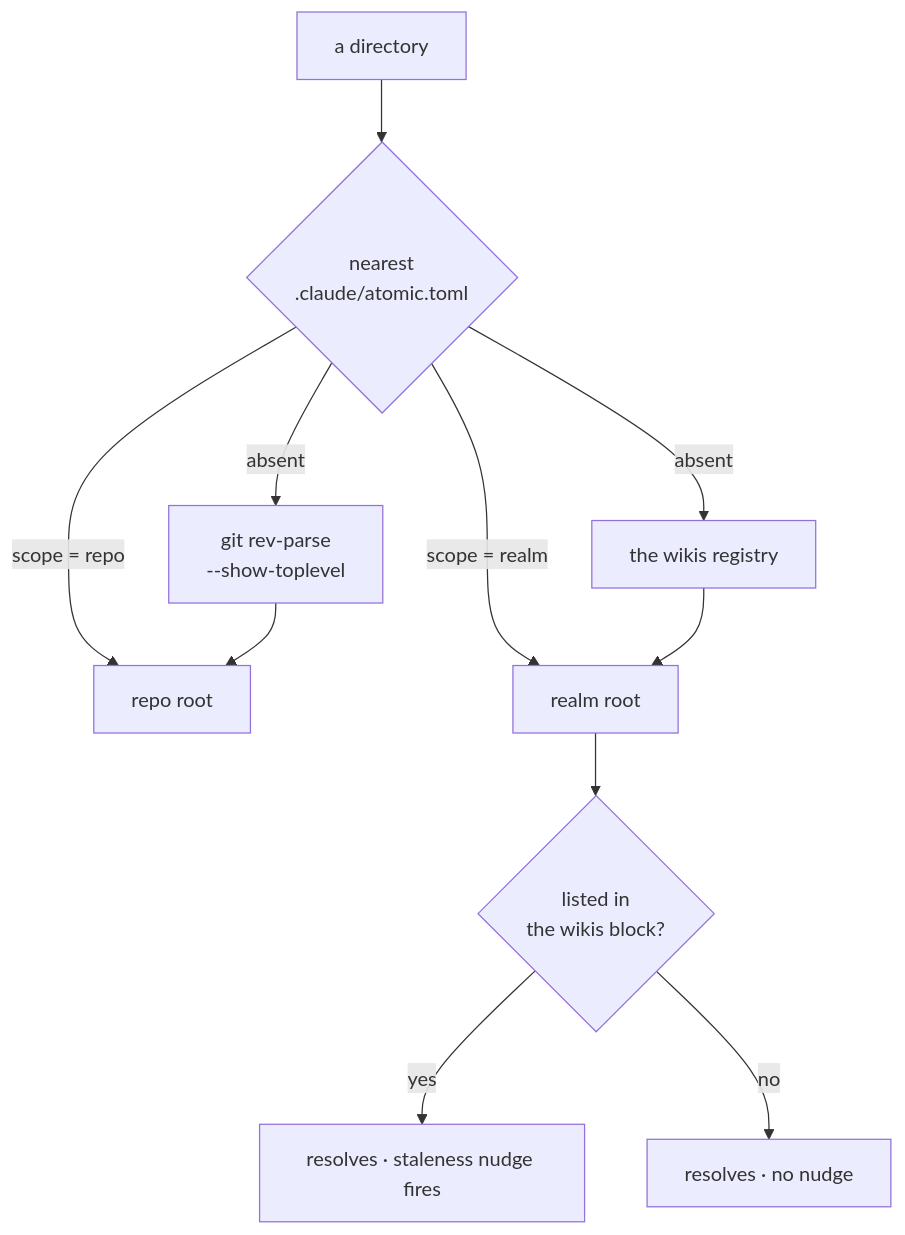
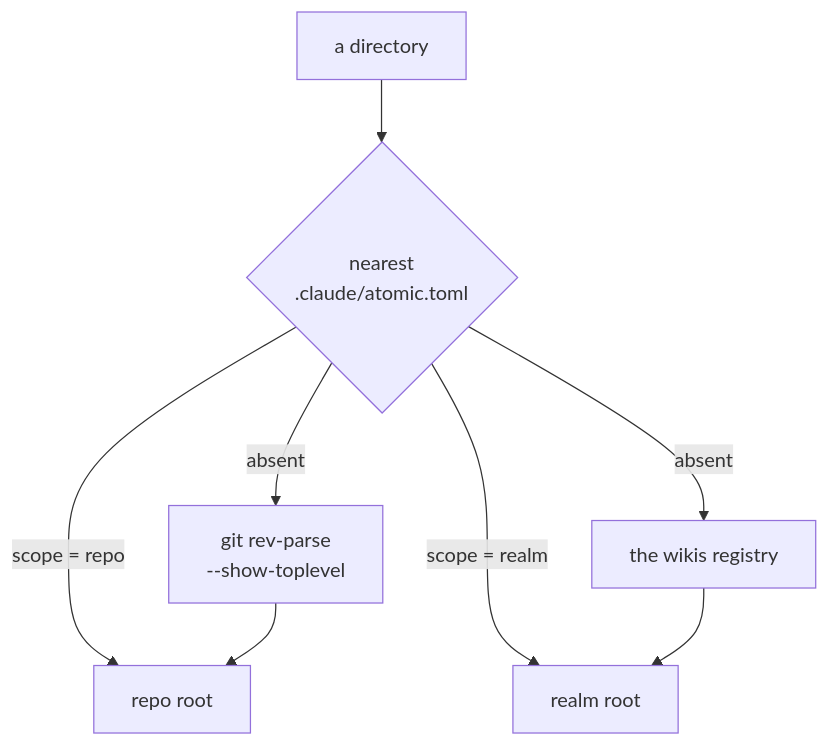
The first of 4 diagrams in docs/reference/concepts.md (damusix/atomic-claude), drawn with Mermaid before and after one commit. The commit also changed other lines of this file and 112 other files, not shown here.

````diff
--- a/docs/reference/concepts.md
+++ b/docs/reference/concepts.md
@@ -123,17 +123,14 @@
 ```mermaid
 flowchart TD
     accTitle: How atomic resolves a repo root and a realm root
-    accDescr: A scope marker answers first. Without one, discovery falls back to git detection for a repo root and the wikis registry for a realm root. The staleness nudge is driven only by the registry.
+    accDescr: A scope marker answers first. Without one, discovery falls back to git detection for a repo root and the wikis registry for a realm root.
     %% source: atomic/internal/repoctx, atomic/internal/where
-    %% claim: a marker answers discovery, but the wikis registry still owns the staleness nudge
+    %% claim: a marker answers discovery; git and the wikis registry are the fallbacks
     Dir["a directory"] --> Marker{"nearest<br/>.claude/atomic.toml"}
     Marker -- "scope = repo" --> Repo["repo root"]
     Marker -- "scope = realm" --> Realm["realm root"]
     Marker -- absent --> FallRepo["git rev-parse<br/>--show-toplevel"]
     Marker -- absent --> FallRealm["the wikis registry"]
     FallRepo --> Repo
     FallRealm --> Realm
-    Realm --> Reg{"listed in<br/>the wikis block?"}
-    Reg -- yes --> Nudged["resolves · staleness nudge fires"]
-    Reg -- no --> Quiet["resolves · no nudge"]
 ```
````
